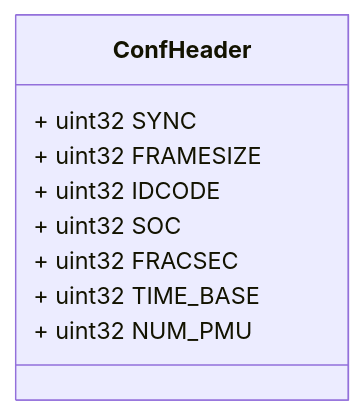
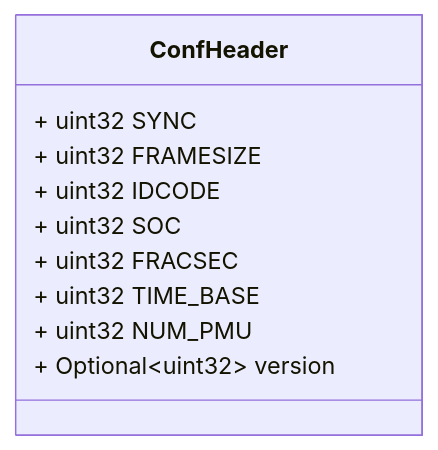
One commit to zaphiro-technologies/protobuf changed the third of 6 diagrams in docs/conf.proto.md. Above: the diagram before and after it, drawn with Mermaid. The commit also changed other lines of this file and 9 other files, not shown here.

````diff
--- a/docs/conf.proto.md
+++ b/docs/conf.proto.md
@@ -89,17 +89,18 @@
 ```mermaid
 classDiagram
 direction LR
 
 %% Configuration frame header
 
 class ConfHeader {
   + uint32 SYNC
   + uint32 FRAMESIZE
   + uint32 IDCODE
   + uint32 SOC
   + uint32 FRACSEC
   + uint32 TIME_BASE
   + uint32 NUM_PMU
+  + Optional~uint32~ version
 }
 
 ```
````
